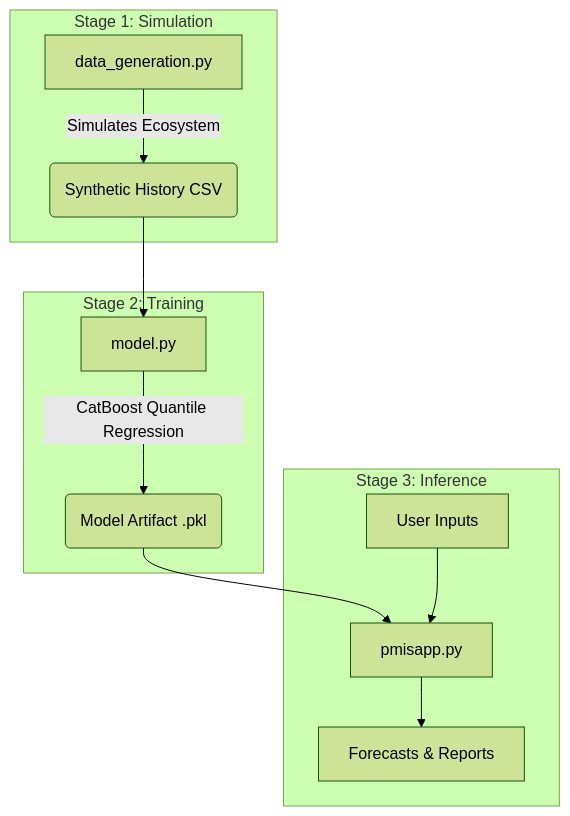
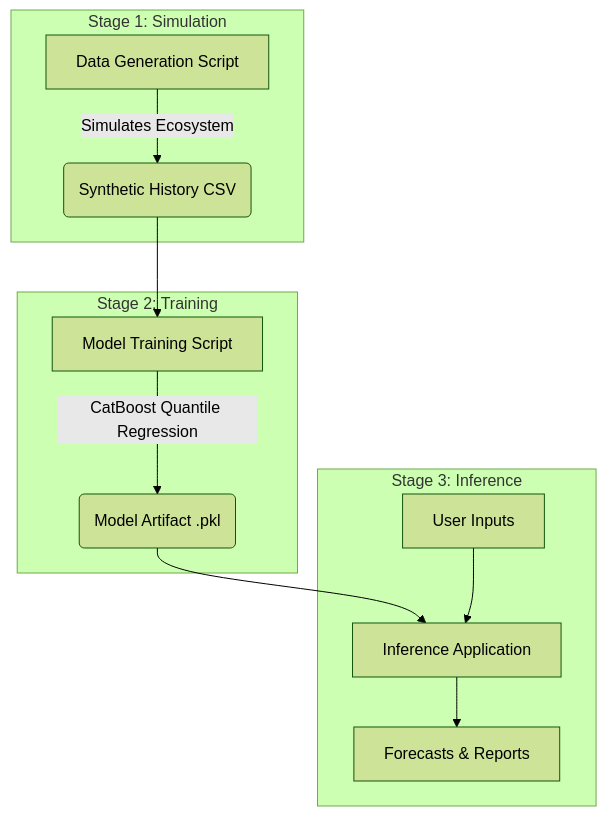
The diagram in ARCHITECTURE_WALKTHROUGH.md (DeveshNathJha/PMIS-Estimation), drawn with Mermaid (forest theme) before and after one commit. The commit also changed other lines of this file and 18 other files, not shown here.

Commit message:
chore: move architecture diagram, update gitignore, and untrack private documents

````diff
--- a/ARCHITECTURE_WALKTHROUGH.md
+++ b/ARCHITECTURE_WALKTHROUGH.md
@@ -9,17 +9,17 @@
 ```mermaid
 graph TD
     subgraph Stage 1: Simulation
-    A[data_generation.py] -->|Simulates Ecosystem| B(Synthetic History CSV)
+    A[Data Generation Script] -->|Simulates Ecosystem| B(Synthetic History CSV)
     end
     
     subgraph Stage 2: Training
-    B --> C[model.py]
+    B --> C[Model Training Script]
     C -->|CatBoost Quantile Regression| D(Model Artifact .pkl)
     end
     
     subgraph Stage 3: Inference
-    D --> E[pmisapp.py]
+    D --> E[Inference Application]
     User[User Inputs] --> E
     E --> F[Forecasts & Reports]
     end
 ```
````
